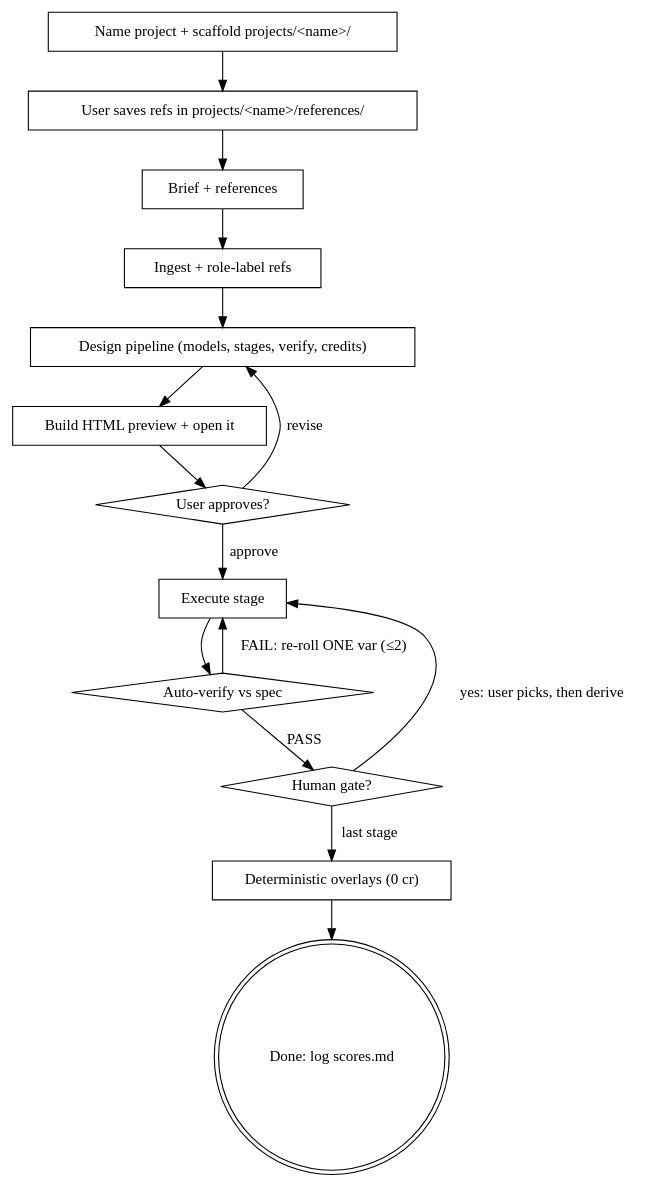
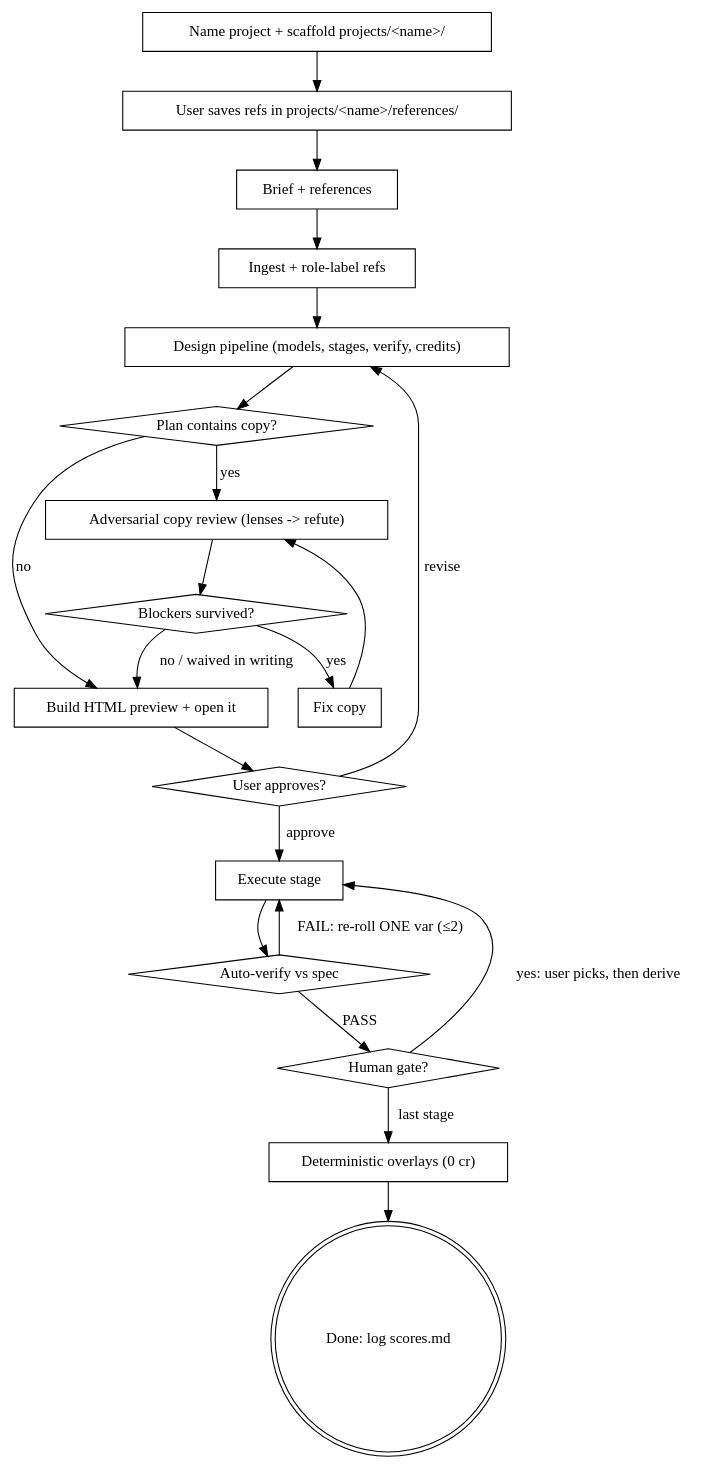
The diagram in plugins/higgsfield-brief-to-pipeline/skills/higgsfield-brief-to-pipeline/SKILL.md (lucasyhzhu-debug/higgsfield-brief-to-pipeline), drawn with Graphviz before and after one commit. The commit also changed other lines of this file and 7 other files, not shown here.

````diff
--- a/plugins/higgsfield-brief-to-pipeline/skills/higgsfield-brief-to-pipeline/SKILL.md
+++ b/plugins/higgsfield-brief-to-pipeline/skills/higgsfield-brief-to-pipeline/SKILL.md
@@ -114,27 +146,38 @@
 ```dot
 digraph wf {
   "Name project + scaffold projects/<name>/" [shape=box];
   "User saves refs in projects/<name>/references/" [shape=box];
   "Brief + references" [shape=box];
   "Ingest + role-label refs" [shape=box];
   "Design pipeline (models, stages, verify, credits)" [shape=box];
+  "Plan contains copy?" [shape=diamond];
+  "Adversarial copy review (lenses -> refute)" [shape=box];
+  "Blockers survived?" [shape=diamond];
+  "Fix copy" [shape=box];
   "Build HTML preview + open it" [shape=box];
   "User approves?" [shape=diamond];
   "Execute stage" [shape=box];
   "Auto-verify vs spec" [shape=diamond];
   "Human gate?" [shape=diamond];
   "Deterministic overlays (0 cr)" [shape=box];
   "Done: log scores.md" [shape=doublecircle];
 
   "Name project + scaffold projects/<name>/" -> "User saves refs in projects/<name>/references/" -> "Brief + references";
-  "Brief + references" -> "Ingest + role-label refs" -> "Design pipeline (models, stages, verify, credits)" -> "Build HTML preview + open it" -> "User approves?";
+  "Brief + references" -> "Ingest + role-label refs" -> "Design pipeline (models, stages, verify, credits)" -> "Plan contains copy?";
+  "Plan contains copy?" -> "Adversarial copy review (lenses -> refute)" [label="yes"];
+  "Plan contains copy?" -> "Build HTML preview + open it" [label="no"];
+  "Adversarial copy review (lenses -> refute)" -> "Blockers survived?";
+  "Blockers survived?" -> "Fix copy" [label="yes"];
+  "Fix copy" -> "Adversarial copy review (lenses -> refute)";
+  "Blockers survived?" -> "Build HTML preview + open it" [label="no / waived in writing"];
+  "Build HTML preview + open it" -> "User approves?";
   "User approves?" -> "Design pipeline (models, stages, verify, credits)" [label="revise"];
   "User approves?" -> "Execute stage" [label="approve"];
   "Execute stage" -> "Auto-verify vs spec";
   "Auto-verify vs spec" -> "Execute stage" [label="FAIL: re-roll ONE var (≤2)"];
   "Auto-verify vs spec" -> "Human gate?" [label="PASS"];
   "Human gate?" -> "Execute stage" [label="yes: user picks, then derive"];
   "Human gate?" -> "Deterministic overlays (0 cr)" [label="last stage"];
   "Deterministic overlays (0 cr)" -> "Done: log scores.md";
 }
 ```
````
